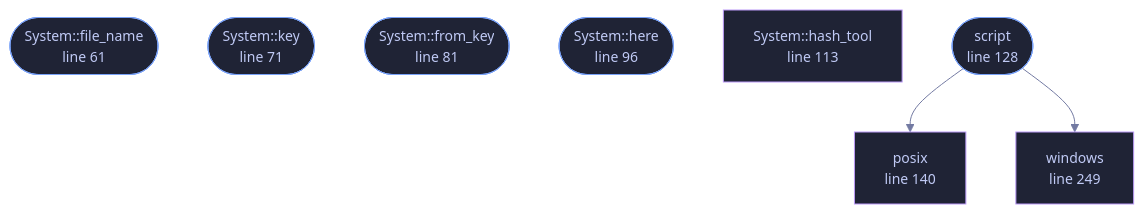
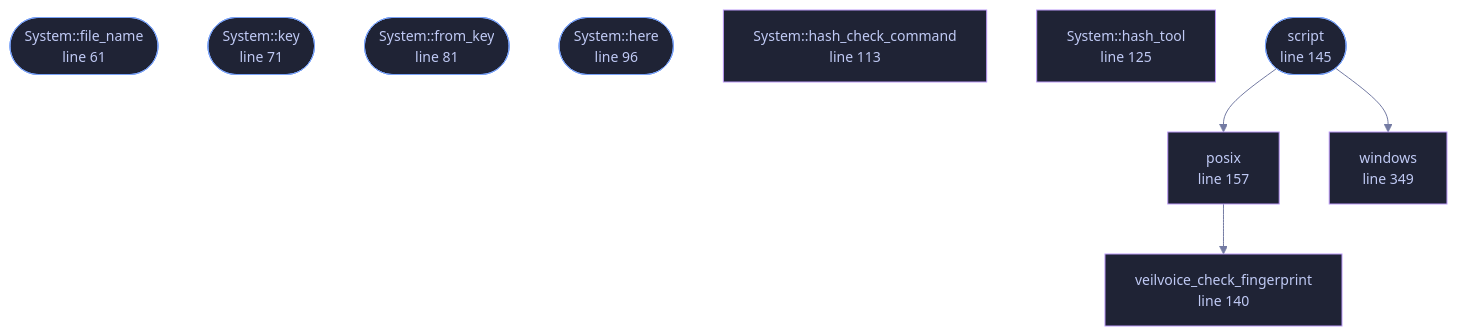
One commit to tilas01/veilvoice changed the diagram in docs/files/veilvoice-check/reproduce.md. Above: the diagram before and after it, drawn with Mermaid. The commit also changed other lines of this file and 28 other files, not shown here.

````diff
--- a/docs/files/veilvoice-check/reproduce.md
+++ b/docs/files/veilvoice-check/reproduce.md
@@ -98,26 +98,31 @@
 ```mermaid
 %%{init: {"theme":"base","themeVariables":{"background":"#1a1b26","primaryColor":"#1f2335","primaryTextColor":"#c0caf5","primaryBorderColor":"#7aa2f7","secondaryColor":"#16161e","tertiaryColor":"#16161e","lineColor":"#737aa2","textColor":"#c0caf5","mainBkg":"#1f2335","nodeBorder":"#7aa2f7","clusterBkg":"#16161e","clusterBorder":"#2f3549","fontFamily":"ui-monospace, SFMono-Regular, Consolas, monospace","fontSize":"14px"}}}%%
 flowchart TD
     n_file_name(["System::file_name<br/>line 61"])
     n_key(["System::key<br/>line 71"])
     n_from_key(["System::from_key<br/>line 81"])
     n_here(["System::here<br/>line 96"])
-    n_hash_tool["System::hash_tool<br/>line 113"]
-    n_script(["script<br/>line 128"])
-    n_posix["posix<br/>line 140"]
-    n_windows["windows<br/>line 249"]
+    n_hash_check_command["System::hash_check_command<br/>line 113"]
+    n_hash_tool["System::hash_tool<br/>line 125"]
+    n_veilvoice_check_fingerprint["veilvoice_check_fingerprint<br/>line 140"]
+    n_script(["script<br/>line 145"])
+    n_posix["posix<br/>line 157"]
+    n_windows["windows<br/>line 349"]
+    n_posix --> n_veilvoice_check_fingerprint
     n_script --> n_posix
     n_script --> n_windows
     click n_file_name href "https://github.com/tilas01/veilvoice/blob/main/crates/veilvoice-check/src/reproduce.rs#L61" "open the source"
     click n_key href "https://github.com/tilas01/veilvoice/blob/main/crates/veilvoice-check/src/reproduce.rs#L71" "open the source"
     click n_from_key href "https://github.com/tilas01/veilvoice/blob/main/crates/veilvoice-check/src/reproduce.rs#L81" "open the source"
     click n_here href "https://github.com/tilas01/veilvoice/blob/main/crates/veilvoice-check/src/reproduce.rs#L96" "open the source"
-    click n_hash_tool href "https://github.com/tilas01/veilvoice/blob/main/crates/veilvoice-check/src/reproduce.rs#L113" "open the source"
-    click n_script href "https://github.com/tilas01/veilvoice/blob/main/crates/veilvoice-check/src/reproduce.rs#L128" "open the source"
-    click n_posix href "https://github.com/tilas01/veilvoice/blob/main/crates/veilvoice-check/src/reproduce.rs#L140" "open the source"
-    click n_windows href "https://github.com/tilas01/veilvoice/blob/main/crates/veilvoice-check/src/reproduce.rs#L249" "open the source"
+    click n_hash_check_command href "https://github.com/tilas01/veilvoice/blob/main/crates/veilvoice-check/src/reproduce.rs#L113" "open the source"
+    click n_hash_tool href "https://github.com/tilas01/veilvoice/blob/main/crates/veilvoice-check/src/reproduce.rs#L125" "open the source"
+    click n_veilvoice_check_fingerprint href "https://github.com/tilas01/veilvoice/blob/main/crates/veilvoice-check/src/reproduce.rs#L140" "open the source"
+    click n_script href "https://github.com/tilas01/veilvoice/blob/main/crates/veilvoice-check/src/reproduce.rs#L145" "open the source"
+    click n_posix href "https://github.com/tilas01/veilvoice/blob/main/crates/veilvoice-check/src/reproduce.rs#L157" "open the source"
+    click n_windows href "https://github.com/tilas01/veilvoice/blob/main/crates/veilvoice-check/src/reproduce.rs#L349" "open the source"
     classDef entry fill:#1f2335,stroke:#7aa2f7,color:#c0caf5
     class n_file_name,n_key,n_from_key,n_here,n_script entry
     classDef helper fill:#1f2335,stroke:#bb9af7,color:#c0caf5
-    class n_hash_tool,n_posix,n_windows helper
+    class n_hash_check_command,n_hash_tool,n_veilvoice_check_fingerprint,n_posix,n_windows helper
 ```
````
